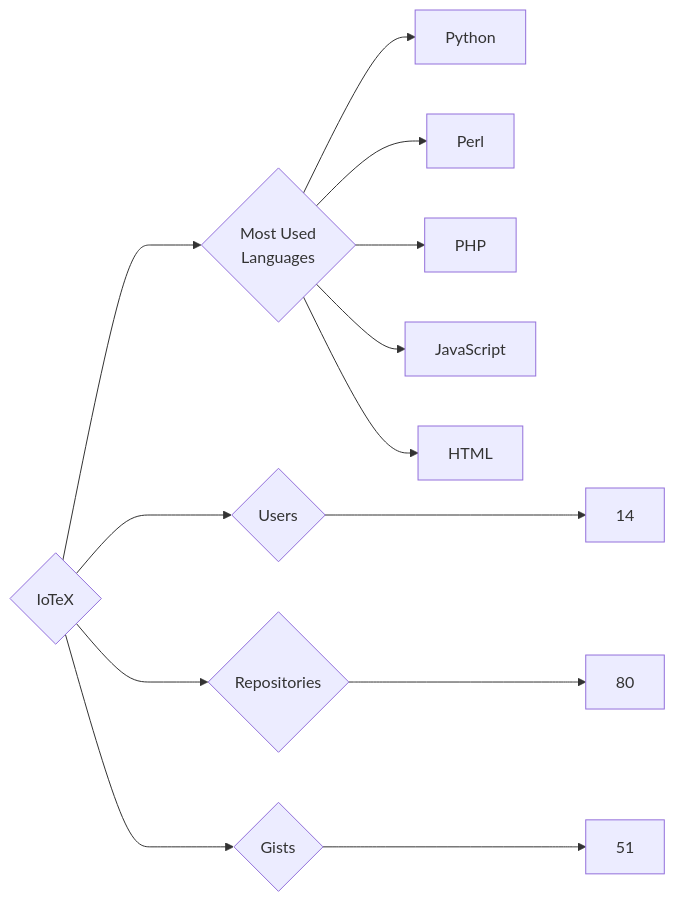
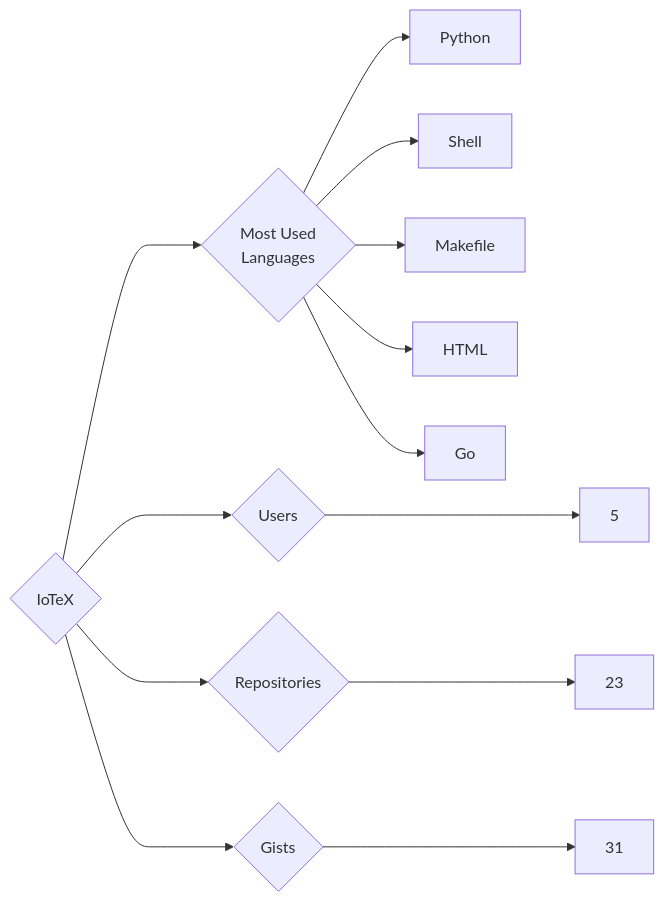
The diagram in targets/IoTeX/README.md (trickest/insiders), drawn with Mermaid before and after one commit. The commit also changed 783 other files, not shown here.

````diff
--- a/targets/IoTeX/README.md
+++ b/targets/IoTeX/README.md
@@ -3,13 +3,13 @@
 ```mermaid
 graph LR
 COMPANY_NAME{IoTeX}
-COMPANY_NAME ---> U{Users} ---> UN[14]
-COMPANY_NAME ---> R{Repositories} ---> RN[80]
-COMPANY_NAME ---> G{Gists} ---> GN[51]
+COMPANY_NAME ---> U{Users} ---> UN[5]
+COMPANY_NAME ---> R{Repositories} ---> RN[23]
+COMPANY_NAME ---> G{Gists} ---> GN[31]
 COMPANY_NAME ---> ML{Most Used<br>Languages}
 ML --> Python[Python]
-ML --> Perl[Perl]
-ML --> PHP[PHP]
-ML --> JavaScript[JavaScript]
+ML --> Shell[Shell]
+ML --> Makefile[Makefile]
 ML --> HTML[HTML]
+ML --> Go[Go]
 ```
````
